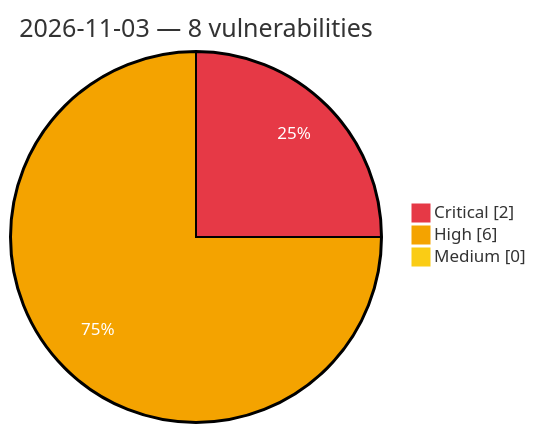
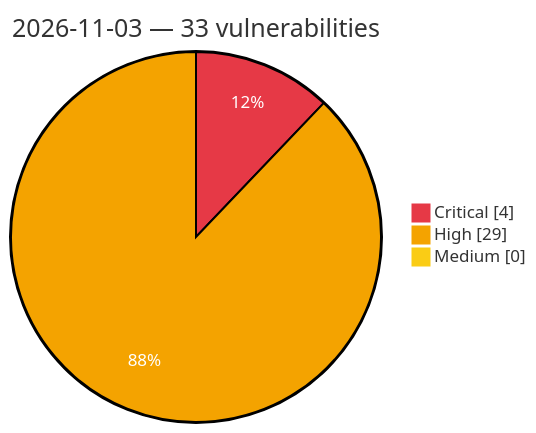
Before and after one commit to GhostX0X/vuln-tracker: the diagram in vulnerabilities/2026/November/2026-11-03.md, drawn with Mermaid. The commit also changed other lines of this file and 5 other files, not shown here.

Commit message:
Auto update: critical/high vulns (2026-11-03 16:57 UTC)

````diff
--- a/vulnerabilities/2026/November/2026-11-03.md
+++ b/vulnerabilities/2026/November/2026-11-03.md
@@ -3,8 +3,8 @@
 ```mermaid
 %%{init: {'theme':'base', 'themeVariables': {'pie1':'#e63946', 'pie2':'#f4a300', 'pie3':'#facc15', 'pieOpacity':'1', 'pieOuterStrokeWidth':'2px', 'pieSectionTextColor':'#ffffff'}}}%%
 pie showData
-    title 2026-11-03 — 8 vulnerabilities
-    "Critical" : 2
-    "High" : 6
+    title 2026-11-03 — 33 vulnerabilities
+    "Critical" : 4
+    "High" : 29
     "Medium" : 0
 ```
````
